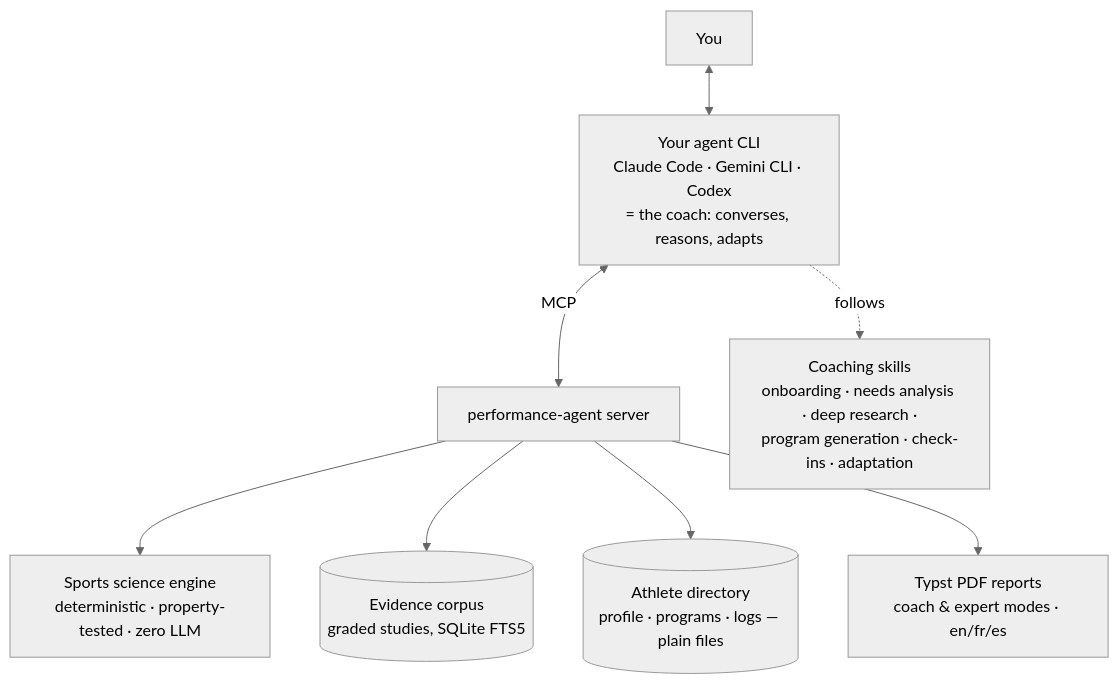
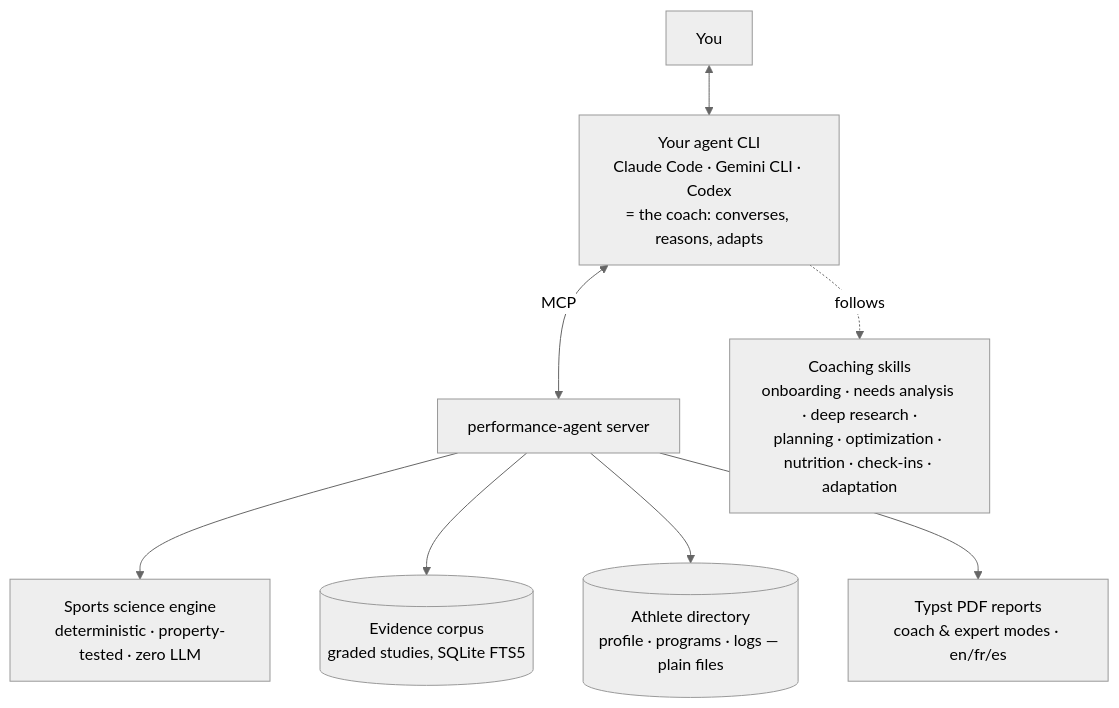
The diagram in README.md (clementrx/Performance-agent), drawn with Mermaid (neutral theme) before and after one commit. The commit also changed other lines of this file and 10 other files, not shown here.

First line of the commit message:
Replace program-generation with planning and optimization skills

````diff
--- a/README.md
+++ b/README.md
@@ -191,11 +191,11 @@
 ```mermaid
 flowchart TB
     U[You] <--> H[Your agent CLI<br/>Claude Code · Gemini CLI · Codex<br/>= the coach: converses, reasons, adapts]
     H <-->|MCP| S[performance-agent server]
     H -.follows.-> SK[Coaching skills<br/>onboarding · needs analysis · deep research ·
-program generation · check-ins · adaptation]
+planning · optimization · nutrition · check-ins · adaptation]
     S --> E[Sports science engine<br/>deterministic · property-tested · zero LLM]
     S --> EV[(Evidence corpus<br/>graded studies, SQLite FTS5)]
     S --> M[(Athlete directory<br/>profile · programs · logs — plain files)]
     S --> R[Typst PDF reports<br/>coach & expert modes · en/fr/es]
 ```
````
